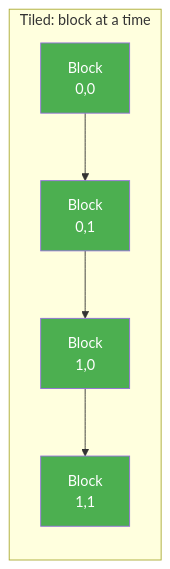
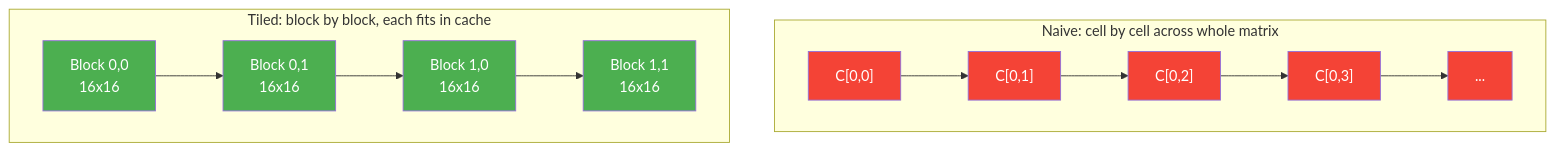
Before and after one commit to shamykyzer/ml-kernel-runtime: the fifth of 8 diagrams in README.md, drawn with Mermaid. The commit also changed other lines of this file, not shown here.

Commit message:
better README.md layout with diagrams and explanation

````diff
--- a/README.md
+++ b/README.md
@@ -139,15 +143,26 @@
 ```mermaid
-graph LR
-    subgraph "Tiled: block at a time"
-        T1["Block
-        0,0"] --> T2["Block
-        0,1"] --> T3["Block
-        1,0"] --> T4["Block
-        1,1"]
+graph TD
+    subgraph "Naive: cell by cell across whole matrix"
+        direction LR
+        C1["C[0,0]"] --> C2["C[0,1]"] --> C3["C[0,2]"] --> C4["C[0,3]"] --> C5["..."]
     end
 
+    subgraph "Tiled: block by block, each fits in cache"
+        direction LR
+        T1["Block 0,0
+        16x16"] --> T2["Block 0,1
+        16x16"] --> T3["Block 1,0
+        16x16"] --> T4["Block 1,1
+        16x16"]
+    end
+
+    style C1 fill:#f44336,color:#fff
+    style C2 fill:#f44336,color:#fff
+    style C3 fill:#f44336,color:#fff
+    style C4 fill:#f44336,color:#fff
+    style C5 fill:#f44336,color:#fff
     style T1 fill:#4CAF50,color:#fff
     style T2 fill:#4CAF50,color:#fff
     style T3 fill:#4CAF50,color:#fff
     style T4 fill:#4CAF50,color:#fff
 ```
````
